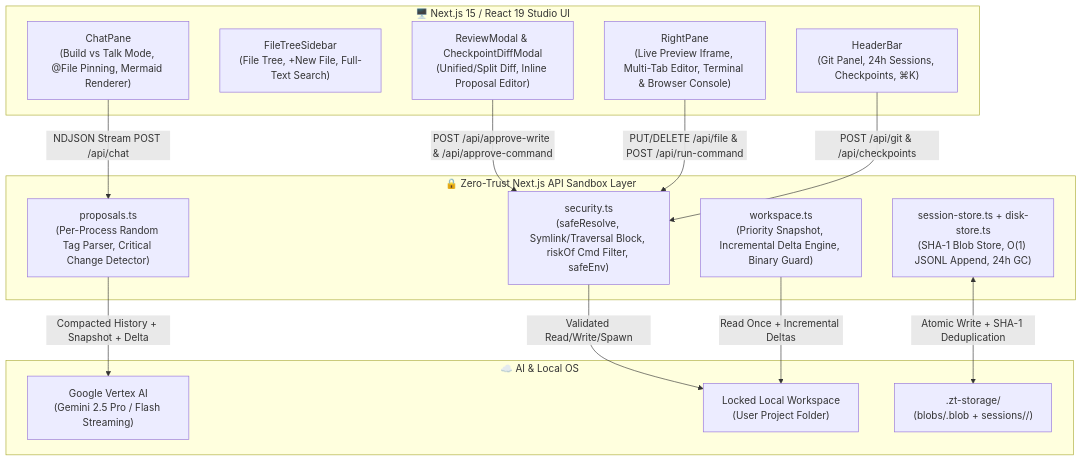
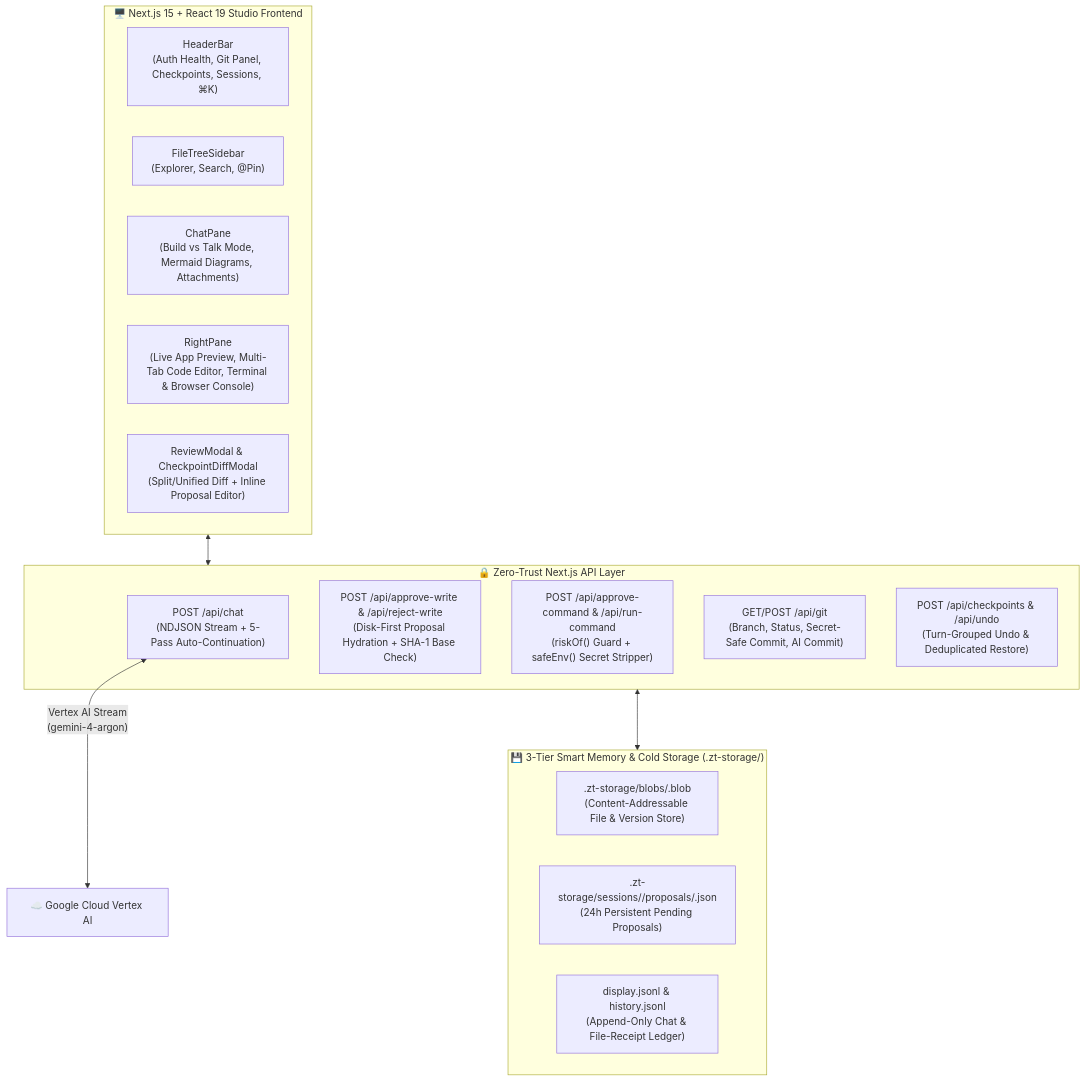
The diagram in README.md (SavantCode/zeroTrust-Studio-AI-agent), drawn with Mermaid before and after one commit. The commit also changed other lines of this file and 11 other files, not shown here.

Commit message:
docs: update readme and storage configuration for ai studio

````diff
--- a/README.md
+++ b/README.md
@@ -21,32 +36,28 @@
 ```mermaid
 flowchart TB
-    subgraph Client["🖥️ Next.js 15 / React 19 Studio UI"]
-        Header["HeaderBar\n(Git Panel, 24h Sessions, Checkpoints, ⌘K)"]
-        Explorer["FileTreeSidebar\n(File Tree, +New File, Full-Text Search)"]
-        Chat["ChatPane\n(Build vs Talk Mode, @File Pinning, Mermaid Renderer)"]
-        Right["RightPane\n(Live Preview Iframe, Multi-Tab Editor, Terminal & Browser Console)"]
-        Review["ReviewModal & CheckpointDiffModal\n(Unified/Split Diff, Inline Proposal Editor)"]
+    subgraph UI["🖥️ Next.js 15 + React 19 Studio Frontend"]
+        HB["HeaderBar\n(Auth Health, Git Panel, Checkpoints, Sessions, ⌘K)"]
+        FT["FileTreeSidebar\n(Explorer, Search, @Pin)"]
+        CP["ChatPane\n(Build vs Talk Mode, Mermaid Diagrams, Attachments)"]
+        RP["RightPane\n(Live App Preview, Multi-Tab Code Editor, Terminal & Browser Console)"]
+        RM["ReviewModal & CheckpointDiffModal\n(Split/Unified Diff + Inline Proposal Editor)"]
     end
 
-    subgraph Server["🔒 Zero-Trust Next.js API Sandbox Layer"]
-        Sec["security.ts\n(safeResolve, Symlink/Traversal Block, riskOf Cmd Filter, safeEnv)"]
-        Work["workspace.ts\n(Priority Snapshot, Incremental Delta Engine, Binary Guard)"]
-        Prop["proposals.ts\n(Per-Process Random Tag Parser, Critical Change Detector)"]
-        Store["session-store.ts + disk-store.ts\n(SHA-1 Blob Store, O(1) JSONL Append, 24h GC)"]
+    subgraph API["🔒 Zero-Trust Next.js API Layer"]
+        CHAT["POST /api/chat\n(NDJSON Stream + 5-Pass Auto-Continuation)"]
+        APPW["POST /api/approve-write & /api/reject-write\n(Disk-First Proposal Hydration + SHA-1 Base Check)"]
+        CMD["POST /api/approve-command & /api/run-command\n(riskOf() Guard + safeEnv() Secret Stripper)"]
+        GIT["GET/POST /api/git\n(Branch, Status, Secret-Safe Commit, AI Commit)"]
+        CP_API["POST /api/checkpoints & /api/undo\n(Turn-Grouped Undo & Deduplicated Restore)"]
     end
 
-    subgraph External["☁️ AI & Local OS"]
-        Gemini["Google Vertex AI\n(Gemini 2.5 Pro / Flash Streaming)"]
-        Disk["Locked Local Workspace\n(User Project Folder)"]
-        ZT[".zt-storage/\n(blobs/<sha1>.blob + sessions/<sid>/)"]
+    subgraph STORAGE["💾 3-Tier Smart Memory & Cold Storage (.zt-storage/)"]
+        BLOBS[".zt-storage/blobs/<sha1>.blob\n(Content-Addressable File & Version Store)"]
+        PROPS[".zt-storage/sessions/<sid>/proposals/<id>.json\n(24h Persistent Pending Proposals)"]
+        JSONL["display.jsonl & history.jsonl\n(Append-Only Chat & File-Receipt Ledger)"]
     end
 
-    Chat -->|NDJSON Stream POST /api/chat| Prop
-    Prop -->|Compacted History + Snapshot + Delta| Gemini
-    Review -->|POST /api/approve-write & /api/approve-command| Sec
-    Right -->|PUT/DELETE /api/file & POST /api/run-command| Sec
-    Header -->|POST /api/git & /api/checkpoints| Sec
-    Sec -->|Validated Read/Write/Spawn| Disk
-    Store <-->|Atomic Write + SHA-1 Deduplication| ZT
-    Work -->|Read Once + Incremental Deltas| Disk
+    UI <--> API
+    API <--> STORAGE
+    CHAT <-->|"Vertex AI Stream\n(gemini-4-argon)"| VERTEX["☁️ Google Cloud Vertex AI"]
 ```
````
